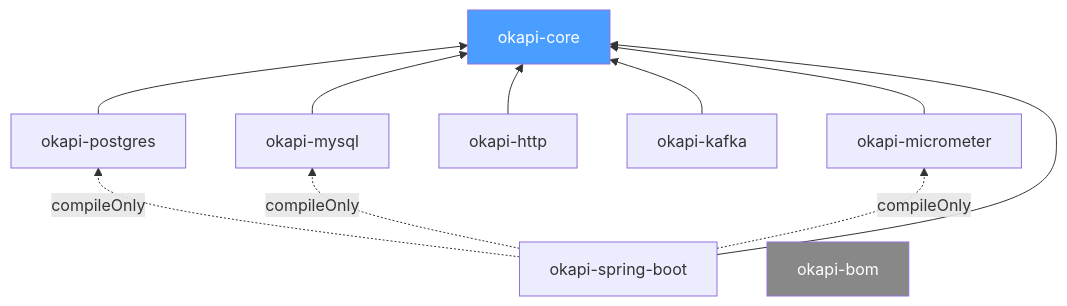
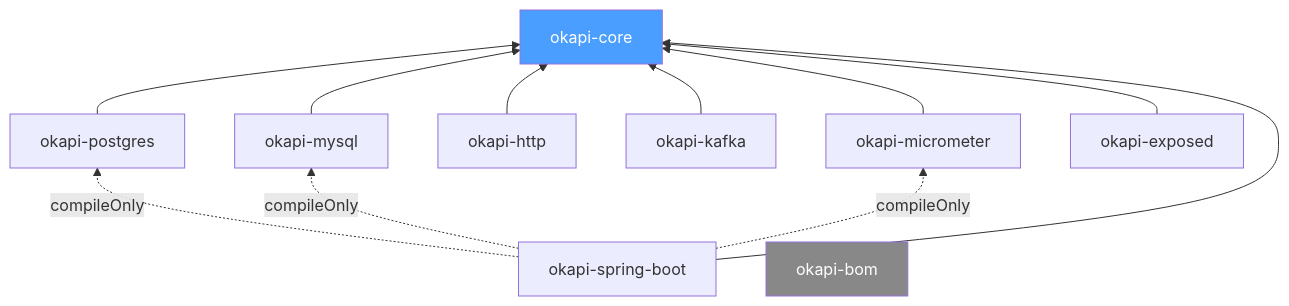
The diagram in README.md (softwaremill/okapi), drawn with Mermaid before and after one commit. The commit also changed other lines of this file and 42 other files, not shown here.

````diff
--- a/README.md
+++ b/README.md
@@ -163,16 +163,17 @@
 ```mermaid
 graph BT
     PG[okapi-postgres] --> CORE[okapi-core]
     MY[okapi-mysql] --> CORE
     HTTP[okapi-http] --> CORE
     KAFKA[okapi-kafka] --> CORE
     MICRO[okapi-micrometer] --> CORE
+    EXP[okapi-exposed] --> CORE
     SPRING[okapi-spring-boot] --> CORE
     SPRING -.->|compileOnly| PG
     SPRING -.->|compileOnly| MY
     SPRING -.->|compileOnly| MICRO
     BOM[okapi-bom]
 
     style CORE fill:#4a9eff,color:#fff
     style BOM fill:#888,color:#fff
 ```
````
